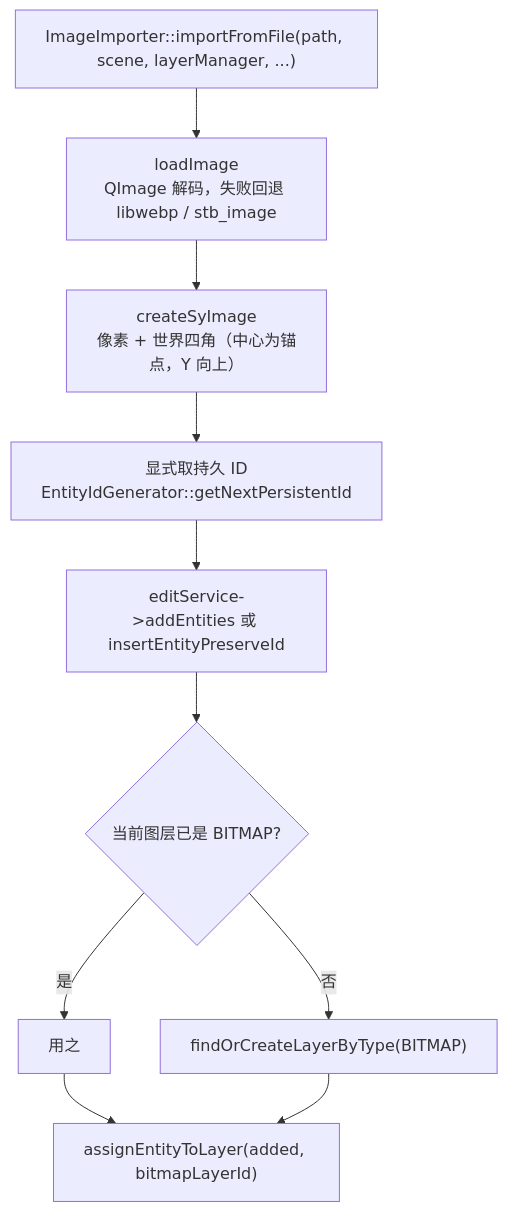
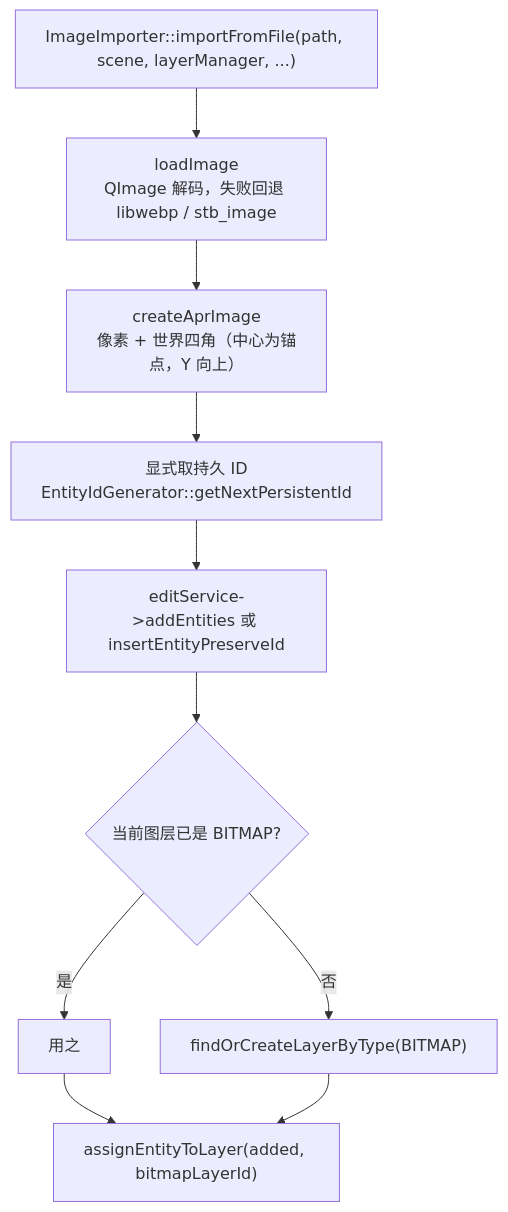
The ninth of 12 diagrams in Docs/01-当前架构/图层.md (yulinxx/CAD), drawn with Mermaid before and after one commit. The commit also changed other lines of this file and 326 other files, not shown here.

````diff
--- a/Docs/01-当前架构/图层.md
+++ b/Docs/01-当前架构/图层.md
@@ -391,12 +391,12 @@
 ```mermaid
 flowchart TD
     A["ImageImporter::importFromFile(path, scene, layerManager, ...)"] --> B["loadImage<br/>QImage 解码，失败回退 libwebp / stb_image"]
-    B --> C["createSyImage<br/>像素 + 世界四角（中心为锚点，Y 向上）"]
+    B --> C["createAprImage<br/>像素 + 世界四角（中心为锚点，Y 向上）"]
     C --> D["显式取持久 ID<br/>EntityIdGenerator::getNextPersistentId"]
     D --> E["editService->addEntities 或 insertEntityPreserveId"]
     E --> F{"当前图层已是 BITMAP?"}
     F -- 是 --> G["用之"]
     F -- 否 --> H["findOrCreateLayerByType(BITMAP)"]
     G --> I["assignEntityToLayer(added, bitmapLayerId)"]
     H --> I
 ```
````
